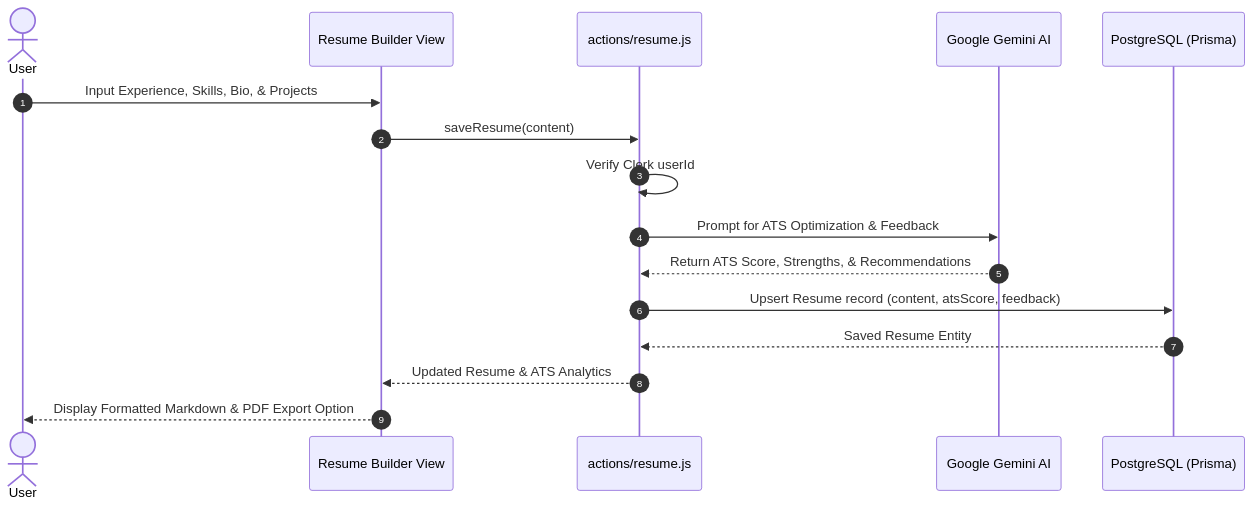
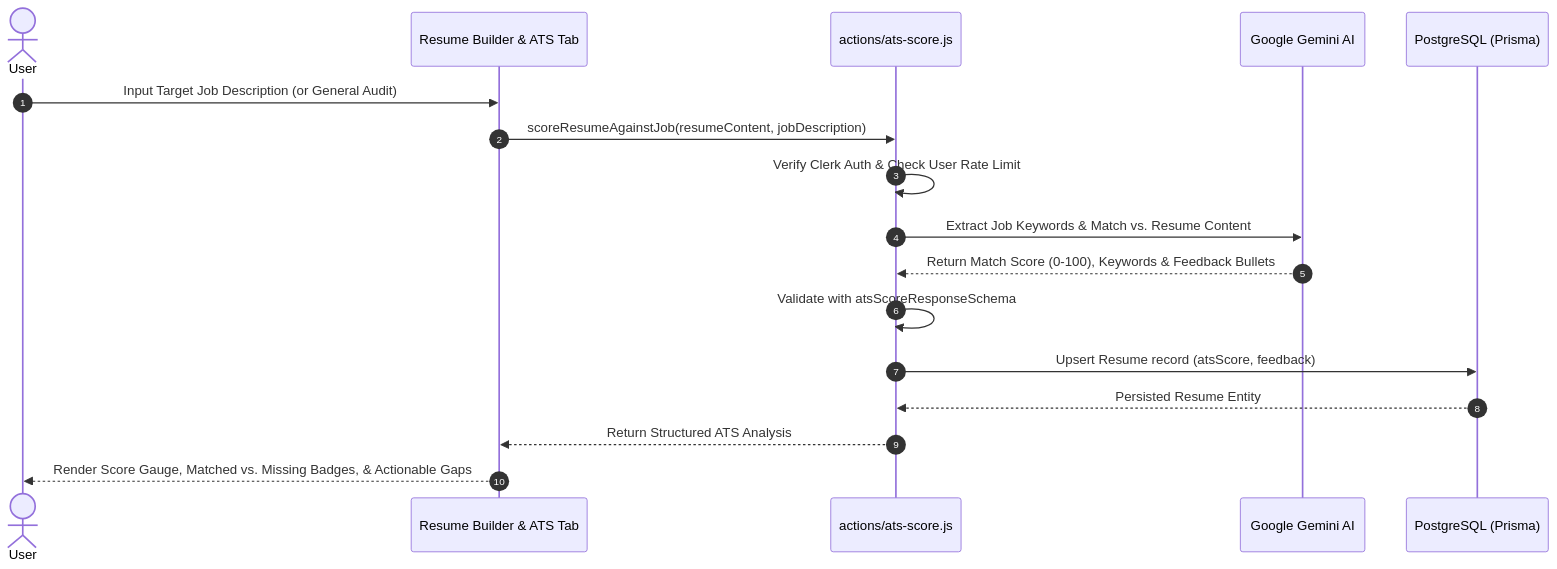
One commit to Katakam-Krupavathi/SensAI- changed the third of 5 diagrams in README.md. Above: the diagram before and after it, drawn with Mermaid. The commit also changed other lines of this file, not shown here.

Commit message:
docs: document ATS scoring engine and update project structure in README

````diff
--- a/README.md
+++ b/README.md
@@ -113,19 +113,20 @@
 ```mermaid
 sequenceDiagram
     autonumber
     actor User
-    participant App as Resume Builder View
-    participant Action as actions/resume.js
+    participant App as Resume Builder & ATS Tab
+    participant ATSAction as actions/ats-score.js
     participant Gemini as Google Gemini AI
     participant DB as PostgreSQL (Prisma)
 
-    User->>App: Input Experience, Skills, Bio, & Projects
-    App->>Action: saveResume(content)
-    Action->>Action: Verify Clerk userId
-    Action->>Gemini: Prompt for ATS Optimization & Feedback
-    Gemini-->>Action: Return ATS Score, Strengths, & Recommendations
-    Action->>DB: Upsert Resume record (content, atsScore, feedback)
-    DB-->>Action: Saved Resume Entity
-    Action-->>App: Updated Resume & ATS Analytics
-    App-->>User: Display Formatted Markdown & PDF Export Option
+    User->>App: Input Target Job Description (or General Audit)
+    App->>ATSAction: scoreResumeAgainstJob(resumeContent, jobDescription)
+    ATSAction->>ATSAction: Verify Clerk Auth & Check User Rate Limit
+    ATSAction->>Gemini: Extract Job Keywords & Match vs. Resume Content
+    Gemini-->>ATSAction: Return Match Score (0-100), Keywords & Feedback Bullets
+    ATSAction->>ATSAction: Validate with atsScoreResponseSchema
+    ATSAction->>DB: Upsert Resume record (atsScore, feedback)
+    DB-->>ATSAction: Persisted Resume Entity
+    ATSAction-->>App: Return Structured ATS Analysis
+    App-->>User: Render Score Gauge, Matched vs. Missing Badges, & Actionable Gaps
 ```
````
